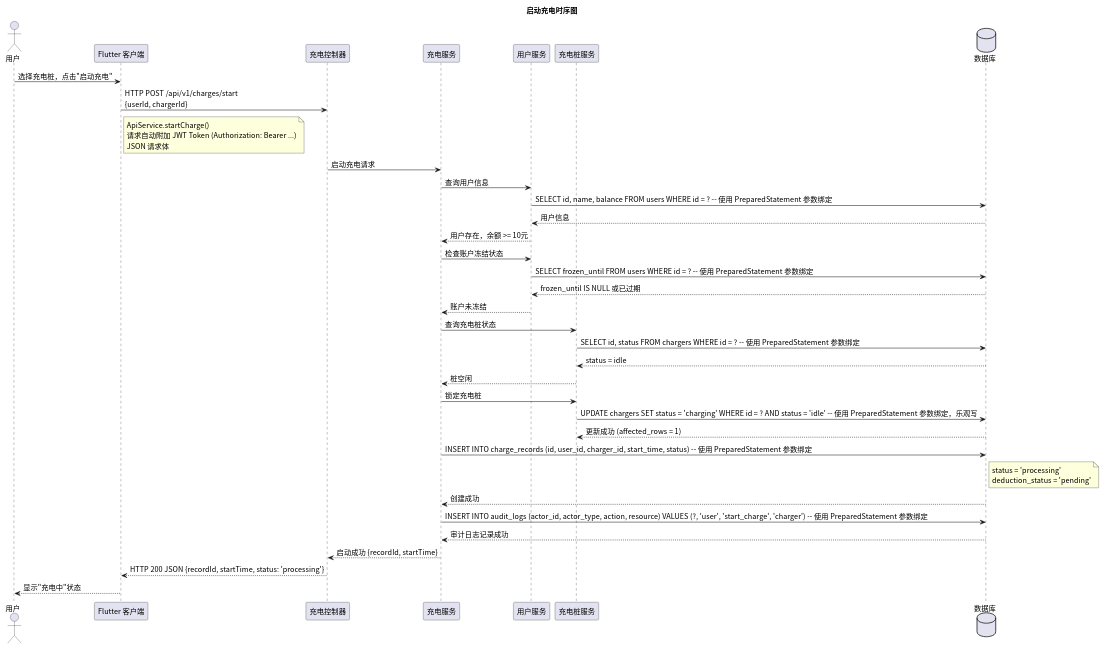
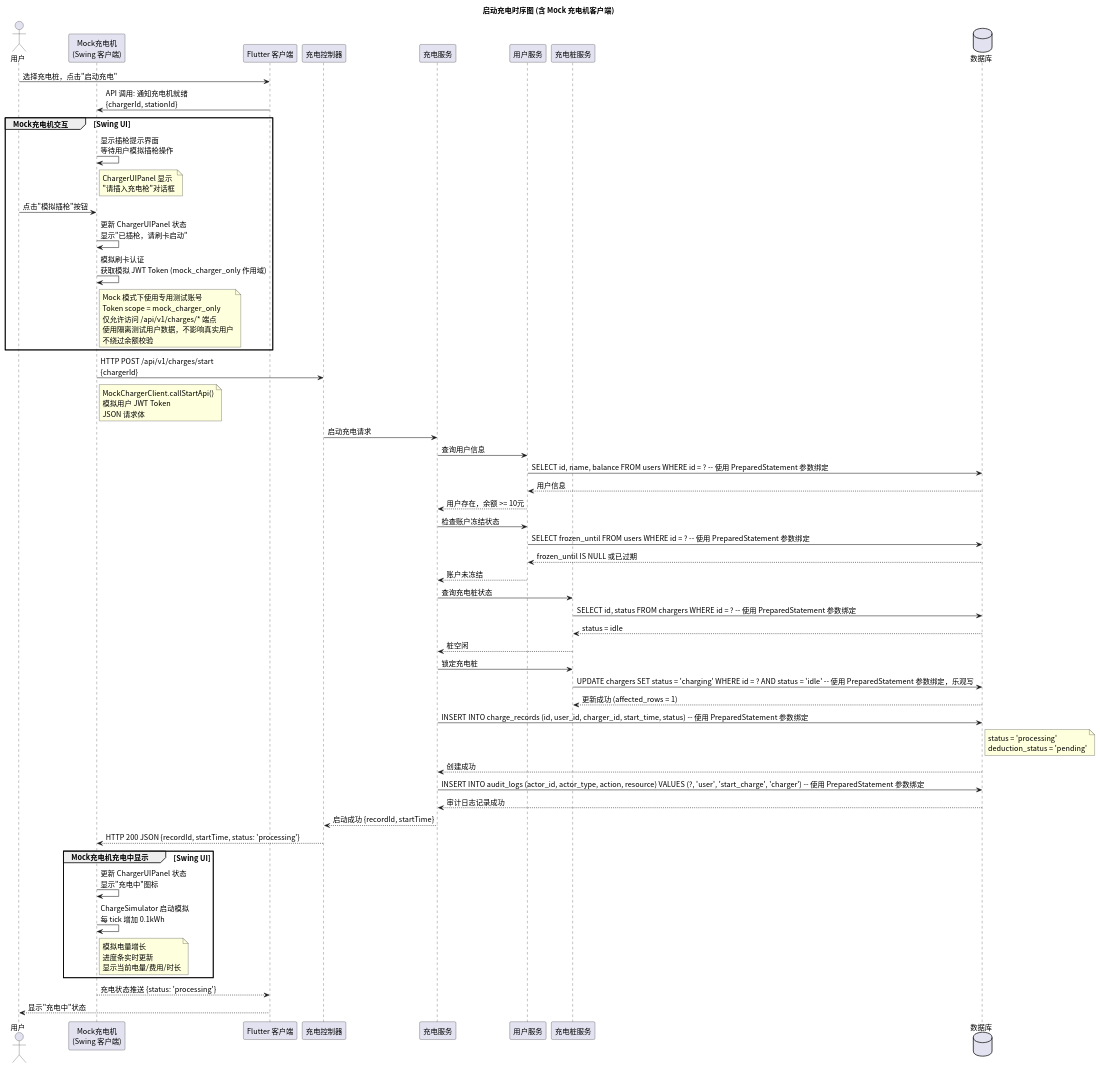
One commit to greenhandzdl/charging-station-doc changed the diagram in time/src/sequence_charging.puml. Above: the diagram before and after it, drawn with PlantUML. The commit also changed 39 other files, not shown here.

```diff
--- a/time/src/sequence_charging.puml
+++ b/time/src/sequence_charging.puml
@@ -1,50 +1,72 @@
 @startuml
 skinparam defaultFontName "Noto Sans CJK SC"
 skinparam defaultFontSize 14
-title 启动充电时序图
+title 启动充电时序图 (含 Mock 充电机客户端)
 
 ' 所有 SQL 操作使用 PreparedStatement 参数绑定，禁止字符串拼接
 actor 用户 as U
+participant "Mock充电机\n(Swing 客户端)" as MC
 participant "Flutter 客户端" as FE
 participant "充电控制器" as Ctrl
 participant "充电服务" as Service
 participant "用户服务" as US
 participant "充电桩服务" as CS
 database 数据库 as DB
 
 U -> FE: 选择充电桩，点击"启动充电"
-FE -> Ctrl: HTTP POST /api/v1/charges/start\n{userId, chargerId}
-note right FE : ApiService.startCharge()\n请求自动附加 JWT Token (Authorization: Bearer ...)\nJSON 请求体
+FE -> MC: API 调用: 通知充电机就绪\n{chargerId, stationId}
+
+group Mock充电机交互 [Swing UI]
+  MC -> MC: 显示插枪提示界面\n等待用户模拟插枪操作
+  note right MC : ChargerUIPanel 显示\n"请插入充电枪"对话框
+
+  U -> MC: 点击"模拟插枪"按钮
+  MC -> MC: 更新 ChargerUIPanel 状态\n显示"已插枪，请刷卡启动"
+
+  MC -> MC: 模拟刷卡认证\n获取模拟 JWT Token (mock_charger_only 作用域)
+  note right MC : Mock 模式下使用专用测试账号\nToken scope = mock_charger_only\n仅允许访问 /api/v1/charges/* 端点\n使用隔离测试用户数据，不影响真实用户\n不绕过余额校验
+end
+
+MC -> Ctrl: HTTP POST /api/v1/charges/start\n{chargerId}
+note right MC : MockChargerClient.callStartApi()\n模拟用户 JWT Token\nJSON 请求体
 
 Ctrl -> Service: 启动充电请求
 
 Service -> US: 查询用户信息
 US -> DB: SELECT id, name, balance FROM users WHERE id = ? -- 使用 PreparedStatement 参数绑定
 DB --> US: 用户信息
 US --> Service: 用户存在，余额 >= 10元
 
 Service -> US: 检查账户冻结状态
 US -> DB: SELECT frozen_until FROM users WHERE id = ? -- 使用 PreparedStatement 参数绑定
 DB --> US: frozen_until IS NULL 或已过期
 US --> Service: 账户未冻结
 
 Service -> CS: 查询充电桩状态
 CS -> DB: SELECT id, status FROM chargers WHERE id = ? -- 使用 PreparedStatement 参数绑定
 DB --> CS: status = idle
 CS --> Service: 桩空闲
 
 Service -> CS: 锁定充电桩
 CS -> DB: UPDATE chargers SET status = 'charging' WHERE id = ? AND status = 'idle' -- 使用 PreparedStatement 参数绑定，乐观写
 DB --> CS: 更新成功 (affected_rows = 1)
 
 Service -> DB: INSERT INTO charge_records (id, user_id, charger_id, start_time, status) -- 使用 PreparedStatement 参数绑定
 note right DB : status = 'processing'\ndeduction_status = 'pending'
 DB --> Service: 创建成功
 
 Service -> DB: INSERT INTO audit_logs (actor_id, actor_type, action, resource) VALUES (?, 'user', 'start_charge', 'charger') -- 使用 PreparedStatement 参数绑定
 DB --> Service: 审计日志记录成功
 
 Service --> Ctrl: 启动成功 {recordId, startTime}
-Ctrl --> FE: HTTP 200 JSON {recordId, startTime, status: 'processing'}
+Ctrl --> MC: HTTP 200 JSON {recordId, startTime, status: 'processing'}
+
+group Mock充电机充电中显示 [Swing UI]
+  MC -> MC: 更新 ChargerUIPanel 状态\n显示"充电中"图标
+  MC -> MC: ChargeSimulator 启动模拟\n每 tick 增加 0.1kWh
+  note right MC : 模拟电量增长\n进度条实时更新\n显示当前电量/费用/时长
+end
+
+MC --> FE: 充电状态推送 {status: 'processing'}
 FE --> U: 显示"充电中"状态
 @enduml
```
